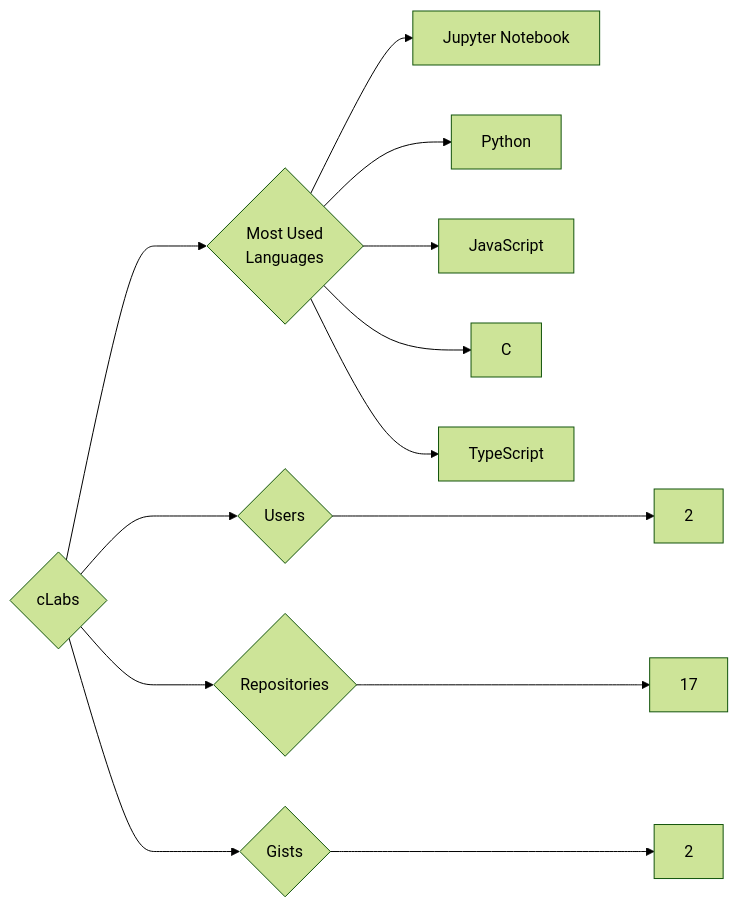
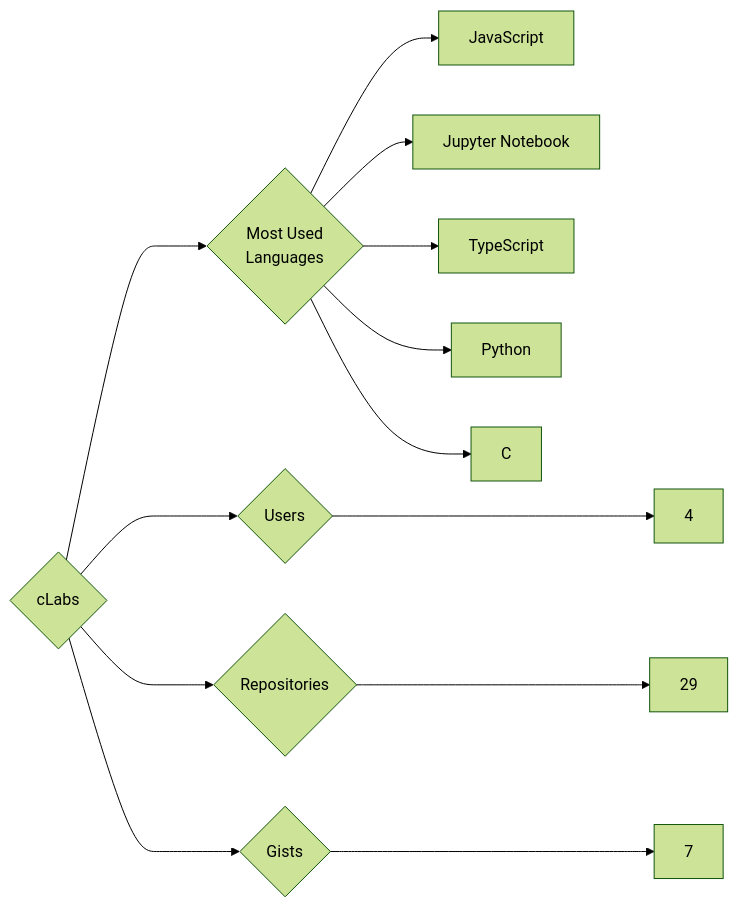
The diagram in targets/cLabs/README.md (trickest/insiders), drawn with Mermaid (forest theme) before and after one commit. The commit also changed 1055 other files, not shown here.

````diff
--- a/targets/cLabs/README.md
+++ b/targets/cLabs/README.md
@@ -3,13 +3,13 @@
 ```mermaid
 graph LR
 COMPANY_NAME{cLabs}
-COMPANY_NAME ---> U{Users} ---> UN[2]
-COMPANY_NAME ---> R{Repositories} ---> RN[17]
-COMPANY_NAME ---> G{Gists} ---> GN[2]
+COMPANY_NAME ---> U{Users} ---> UN[4]
+COMPANY_NAME ---> R{Repositories} ---> RN[29]
+COMPANY_NAME ---> G{Gists} ---> GN[7]
 COMPANY_NAME ---> ML{Most Used<br>Languages}
+ML --> JavaScript[JavaScript]
 ML --> Jupyter_Notebook[Jupyter Notebook]
+ML --> TypeScript[TypeScript]
 ML --> Python[Python]
-ML --> JavaScript[JavaScript]
 ML --> C[C]
-ML --> TypeScript[TypeScript]
 ```
````
